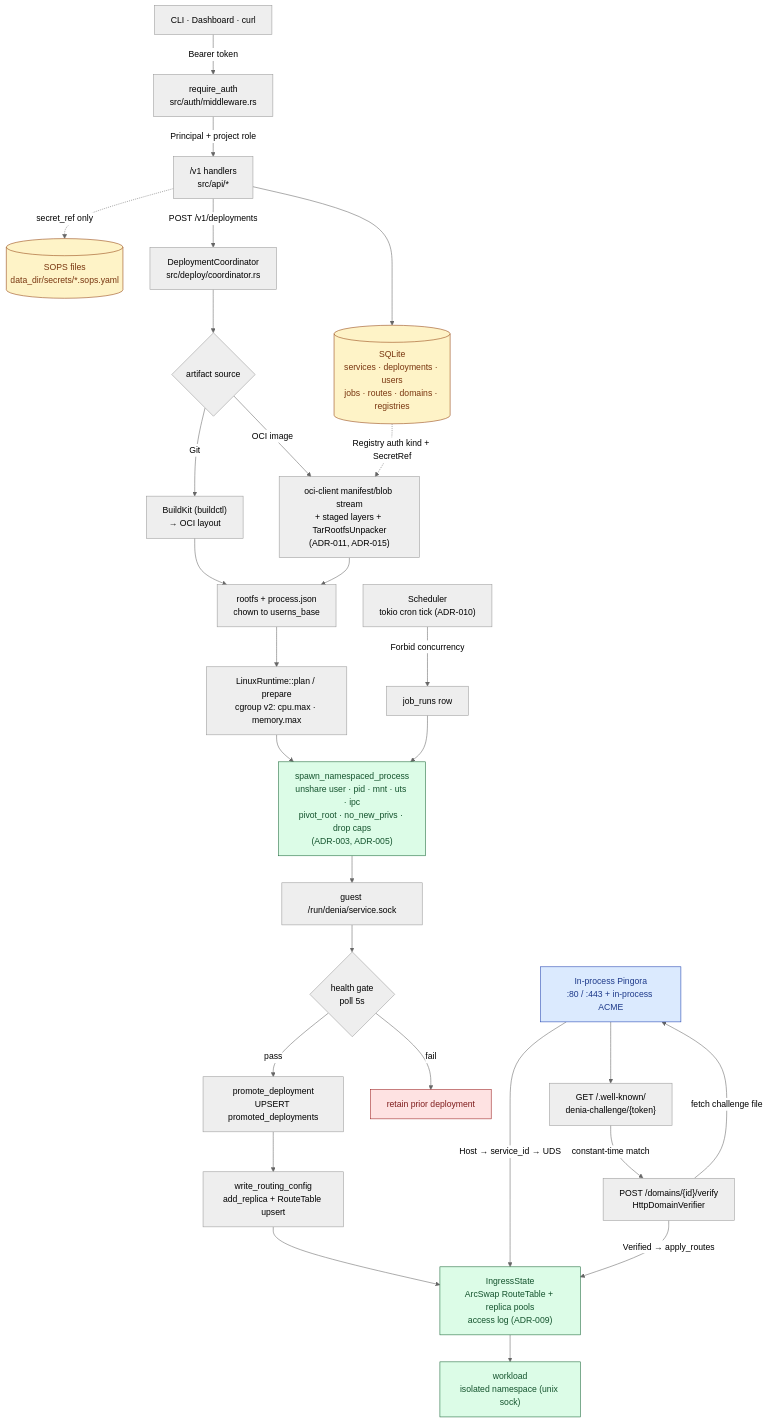
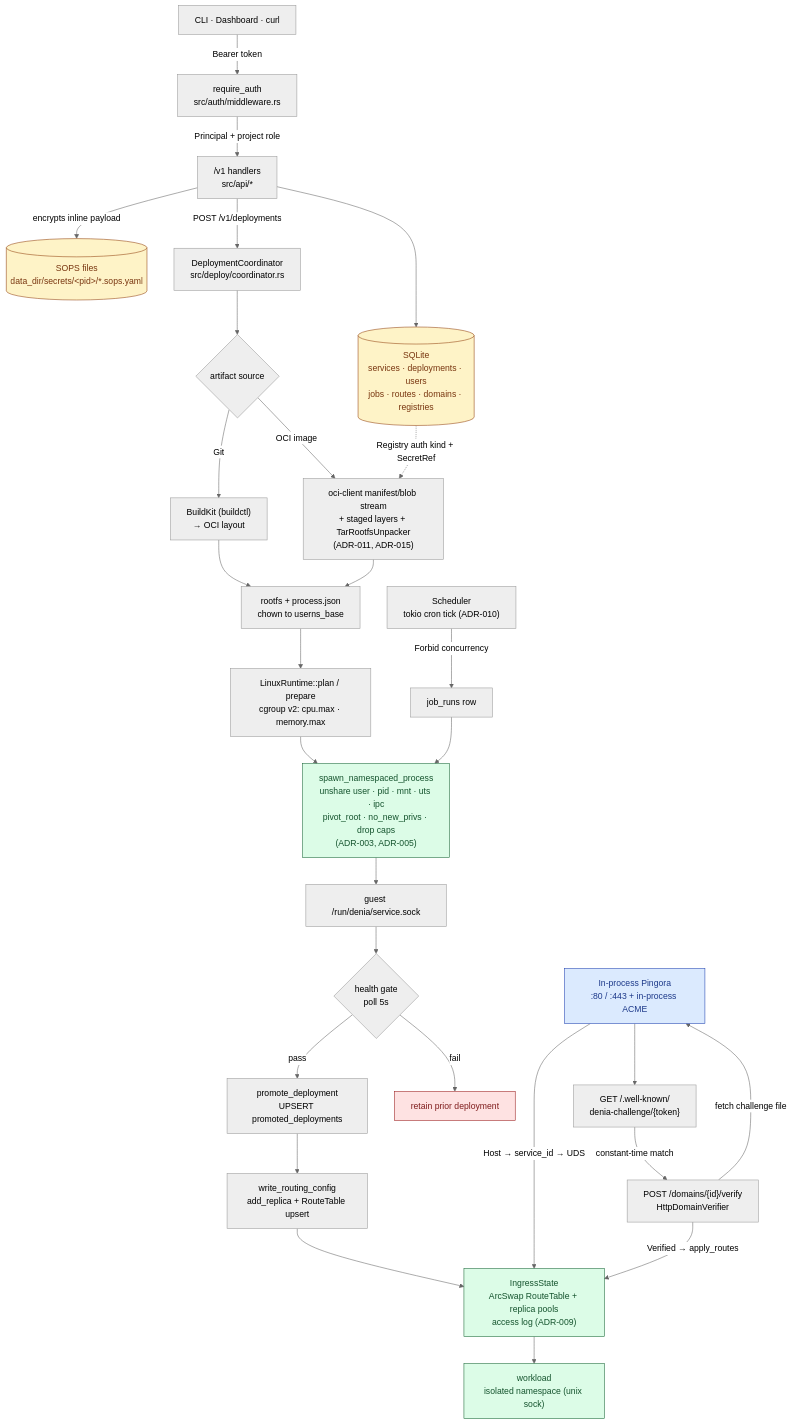
One commit to zainokta/denia changed the diagram in README.md. Above: the diagram before and after it, drawn with Mermaid (neutral theme). The commit also changed other lines of this file, not shown here.

Commit message:
docs: control-plane registry secret encryption (ADR-021)

````diff
--- a/README.md
+++ b/README.md
@@ -96,48 +96,48 @@
 ```mermaid
 flowchart TB
   classDef store fill:#fef3c7,stroke:#92400e,color:#78350f
   classDef edge fill:#dbeafe,stroke:#1e40af,color:#1e3a8a
   classDef rt fill:#dcfce7,stroke:#166534,color:#14532d
   classDef warn fill:#fee2e2,stroke:#991b1b,color:#7f1d1d
 
   Client["CLI · Dashboard · curl"]
   Edge["In-process Pingora<br/>:80 / :443 + in-process ACME"]:::edge
   Challenge["GET /.well-known/<br/>denia-challenge/{token}"]
 
   Client -- "Bearer token" --> Auth["require_auth<br/>src/auth/middleware.rs"]
   Auth -- "Principal + project role" --> API["/v1 handlers<br/>src/api/*"]
 
   API --> Store[("SQLite<br/>services · deployments · users<br/>jobs · routes · domains · registries")]:::store
-  API -. "secret_ref only" .-> SOPS[("SOPS files<br/>data_dir/secrets/*.sops.yaml")]:::store
+  API -- "encrypts inline payload" --> SOPS[("SOPS files<br/>data_dir/secrets/&lt;pid&gt;/*.sops.yaml")]:::store
 
   API -- "POST /v1/deployments" --> Coord["DeploymentCoordinator<br/>src/deploy/coordinator.rs"]
 
   Coord --> Acq{"artifact source"}
   Acq -- "Git" --> BK["BuildKit (buildctl)<br/>→ OCI layout"]
   Acq -- "OCI image" --> Pull["oci-client manifest/blob stream<br/>+ staged layers + TarRootfsUnpacker<br/>(ADR-011, ADR-015)"]
   Store -. "Registry auth kind + SecretRef" .-> Pull
   BK --> Bundle["rootfs + process.json<br/>chown to userns_base"]
   Pull --> Bundle
 
   Bundle --> Plan["LinuxRuntime::plan / prepare<br/>cgroup v2: cpu.max · memory.max"]
   Plan --> Spawn["spawn_namespaced_process<br/>unshare user · pid · mnt · uts · ipc<br/>pivot_root · no_new_privs · drop caps<br/>(ADR-003, ADR-005)"]:::rt
   Spawn --> Sock["guest /run/denia/service.sock"]
 
   Sock --> Health{"health gate<br/>poll 5s"}
   Health -- "fail" --> Rollback["retain prior deployment"]:::warn
   Health -- "pass" --> Promote["promote_deployment<br/>UPSERT promoted_deployments"]
 
   Promote --> Routing["write_routing_config<br/>add_replica + RouteTable upsert"]
   Routing --> IngressState["IngressState<br/>ArcSwap RouteTable + replica pools<br/>access log (ADR-009)"]:::rt
 
   Edge -- "Host → service_id → UDS" --> IngressState
   IngressState --> Workload["workload<br/>isolated namespace (unix sock)"]:::rt
 
   Verify["POST /domains/{id}/verify<br/>HttpDomainVerifier"] -- "fetch challenge file" --> Edge
   Edge --> Challenge
   Challenge -- "constant-time match" --> Verify
   Verify -- "Verified → apply_routes" --> IngressState
 
   Sched["Scheduler<br/>tokio cron tick (ADR-010)"] -- "Forbid concurrency" --> JobRun["job_runs row"]
   JobRun --> Spawn
 ```
````
